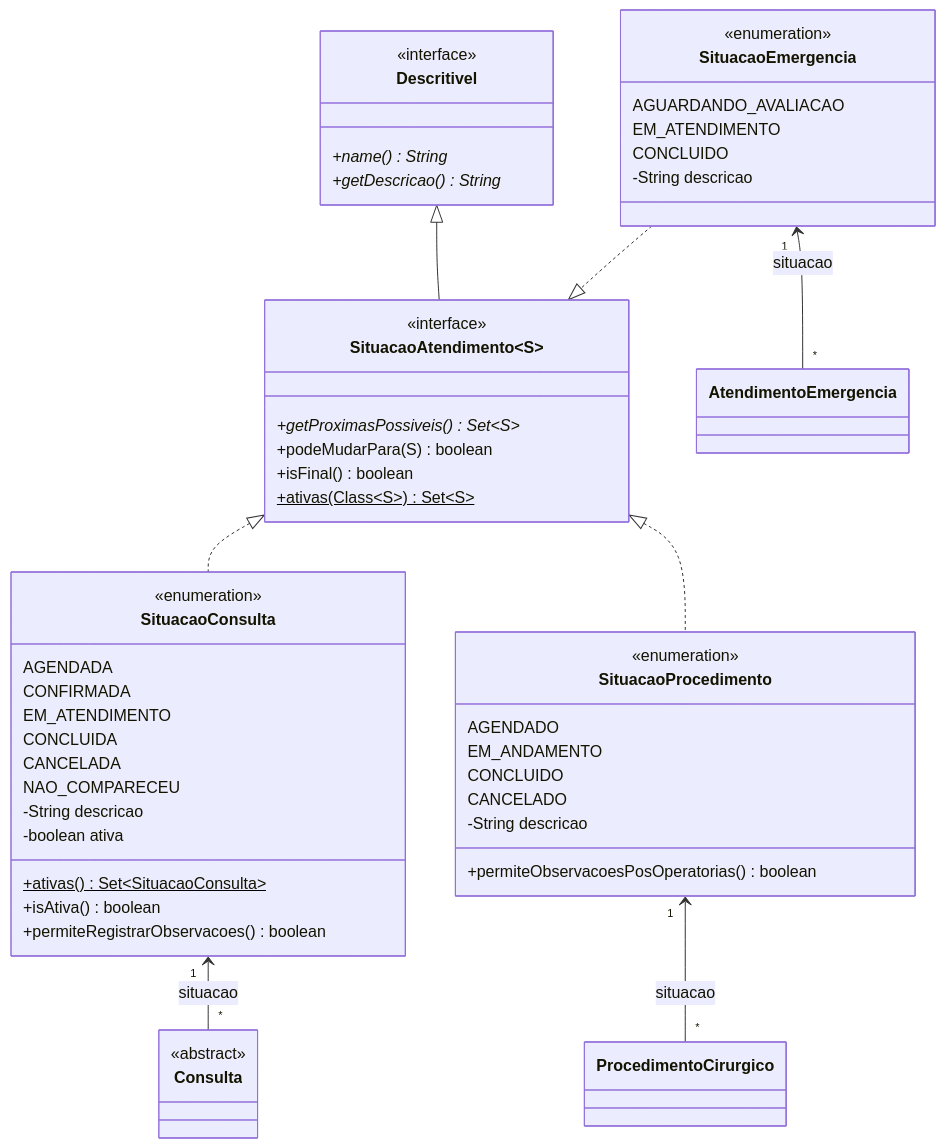
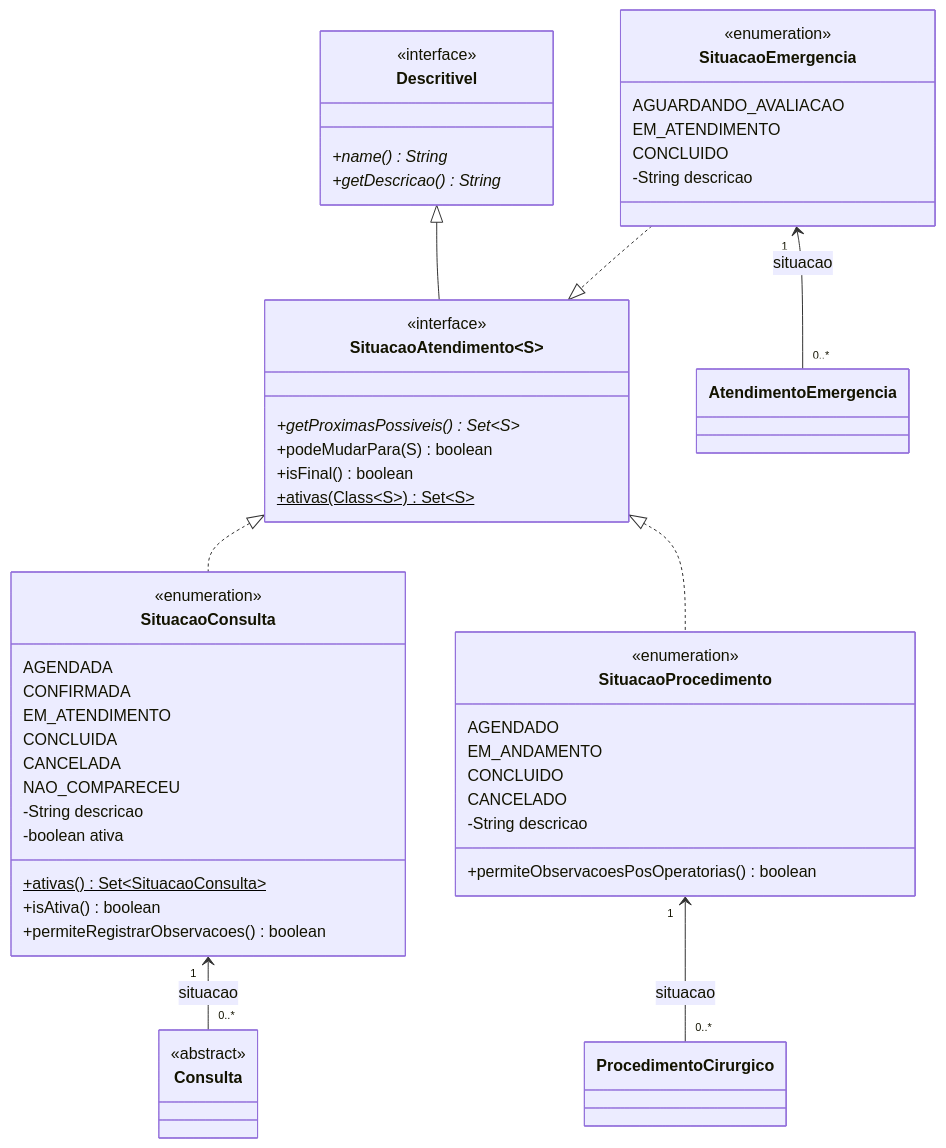
Before and after one commit to pedrolsrt/sistema-hospitalar: the seventh of 10 diagrams in docs/diagrama-de-classes.md, drawn with Mermaid. The commit also changed other lines of this file and 5 other files, not shown here.

Commit message:
docs: ajusta os diagramas conforme a avaliação e adiciona o diagrama completo da Sprint 2

````diff
--- a/docs/diagrama-de-classes.md
+++ b/docs/diagrama-de-classes.md
@@ -461,63 +480,63 @@
 ```mermaid
 classDiagram
     direction TB
 
     class Consulta { <<abstract>> }
     class AtendimentoEmergencia
     class ProcedimentoCirurgico
 
     class Descritivel {
         <<interface>>
         +name()* String
         +getDescricao()* String
     }
 
     class SituacaoAtendimento~S~ {
         <<interface>>
         +getProximasPossiveis()* Set~S~
         +podeMudarPara(S) boolean
         +isFinal() boolean
         +ativas(Class~S~)$ Set~S~
     }
 
     class SituacaoConsulta {
         <<enumeration>>
         AGENDADA
         CONFIRMADA
         EM_ATENDIMENTO
         CONCLUIDA
         CANCELADA
         NAO_COMPARECEU
         -String descricao
         -boolean ativa
         +ativas()$ Set~SituacaoConsulta~
         +isAtiva() boolean
         +permiteRegistrarObservacoes() boolean
     }
 
     class SituacaoEmergencia {
         <<enumeration>>
         AGUARDANDO_AVALIACAO
         EM_ATENDIMENTO
         CONCLUIDO
         -String descricao
     }
 
     class SituacaoProcedimento {
         <<enumeration>>
         AGENDADO
         EM_ANDAMENTO
         CONCLUIDO
         CANCELADO
         -String descricao
         +permiteObservacoesPosOperatorias() boolean
     }
 
     Descritivel <|-- SituacaoAtendimento
     SituacaoEmergencia ..|> SituacaoAtendimento
     SituacaoAtendimento <|.. SituacaoConsulta
     SituacaoAtendimento <|.. SituacaoProcedimento
-    SituacaoEmergencia "1" <-- "*" AtendimentoEmergencia : situacao
-    SituacaoConsulta "1" <-- "*" Consulta : situacao
-    SituacaoProcedimento "1" <-- "*" ProcedimentoCirurgico : situacao
+    SituacaoEmergencia "1" <-- "0..*" AtendimentoEmergencia : situacao
+    SituacaoConsulta "1" <-- "0..*" Consulta : situacao
+    SituacaoProcedimento "1" <-- "0..*" ProcedimentoCirurgico : situacao
 ```
````
